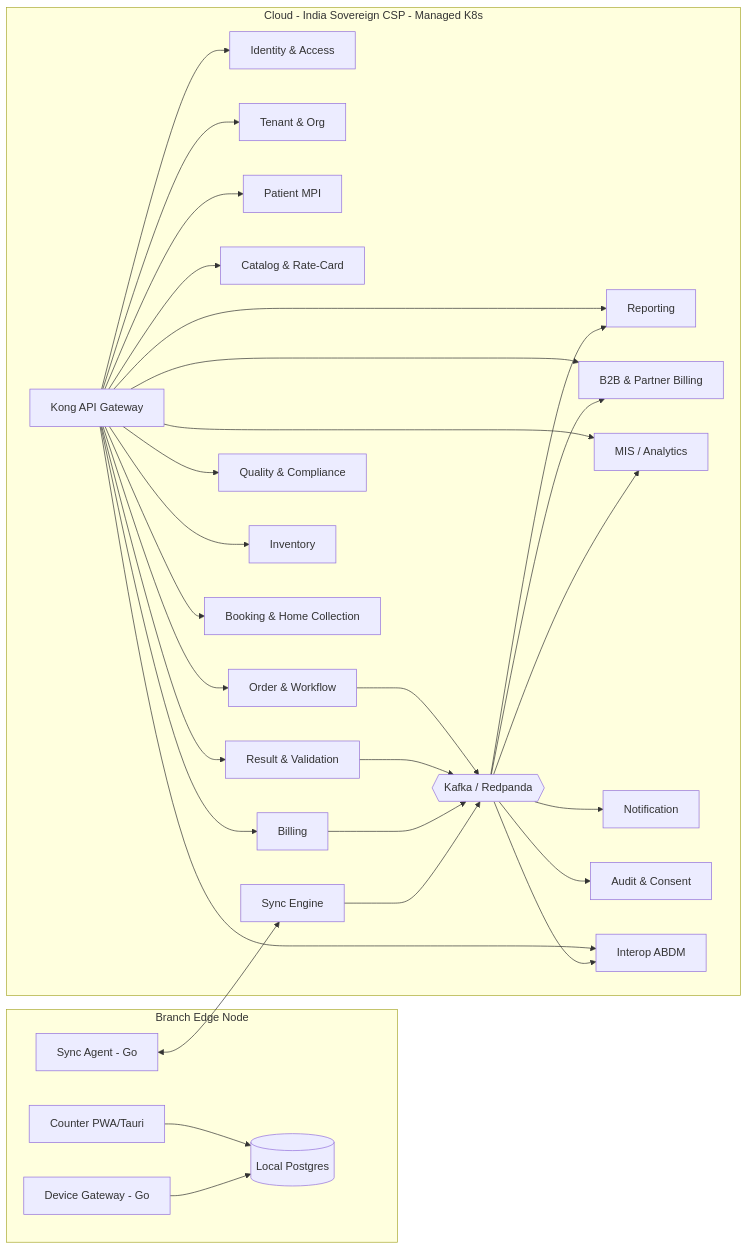
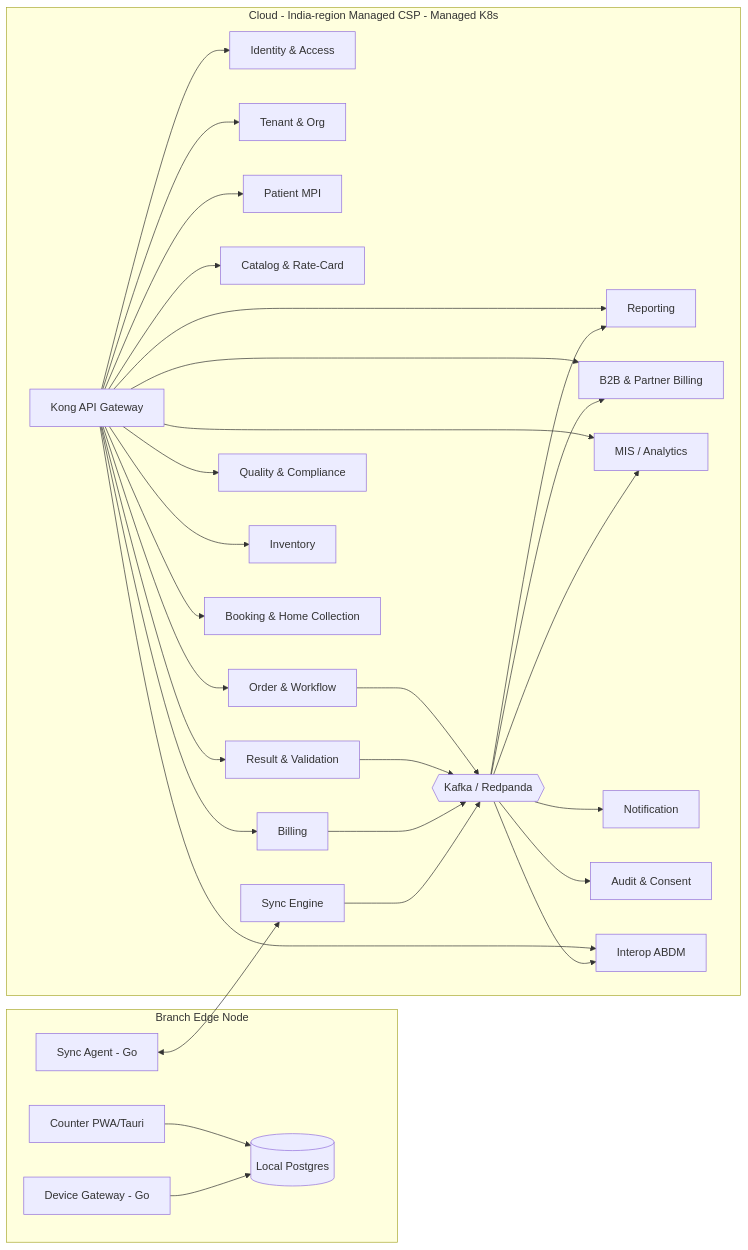
The second of 4 diagrams in docs/technical-architecture.md (pulluri-sridhar/DiagDesk), drawn with Mermaid before and after one commit. The commit also changed other lines of this file and 42 other files, not shown here.

````diff
--- a/docs/technical-architecture.md
+++ b/docs/technical-architecture.md
@@ -101,40 +101,40 @@
 ```mermaid
 graph LR
   subgraph Edge[Branch Edge Node]
     EApp[Counter PWA/Tauri]
     EStore[(Local Postgres)]
     ESync[Sync Agent - Go]
     EDev[Device Gateway - Go]
   end
-  subgraph Cloud[Cloud - India Sovereign CSP - Managed K8s]
+  subgraph Cloud[Cloud - India-region Managed CSP - Managed K8s]
     KONG[Kong API Gateway]
     IAM[Identity & Access]
     TEN[Tenant & Org]
     PAT[Patient MPI]
     CAT[Catalog & Rate-Card]
     ORD[Order & Workflow]
     RES[Result & Validation]
     REP[Reporting]
     BIL[Billing]
     REF[B2B & Partner Billing]
     QC[Quality & Compliance]
     INV[Inventory]
     BOOK[Booking & Home Collection]
     MIS[MIS / Analytics]
     NOTI[Notification]
     AUD[Audit & Consent]
     SYNC[Sync Engine]
     INTEROP[Interop ABDM]
     BUS{{Kafka / Redpanda}}
   end
 
   EApp --> EStore
   EDev --> EStore
   ESync <--> SYNC
   KONG --> IAM & TEN & PAT & CAT & ORD & RES & REP & BIL & REF & QC & INV & BOOK & MIS & INTEROP
   ORD --> BUS
   RES --> BUS
   BIL --> BUS
   BUS --> REP & REF & MIS & NOTI & AUD & INTEROP
   SYNC --> BUS
 ```
````
